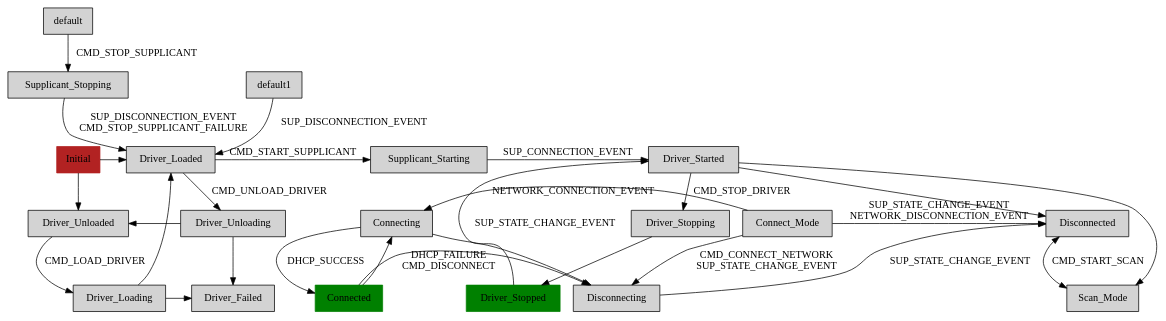
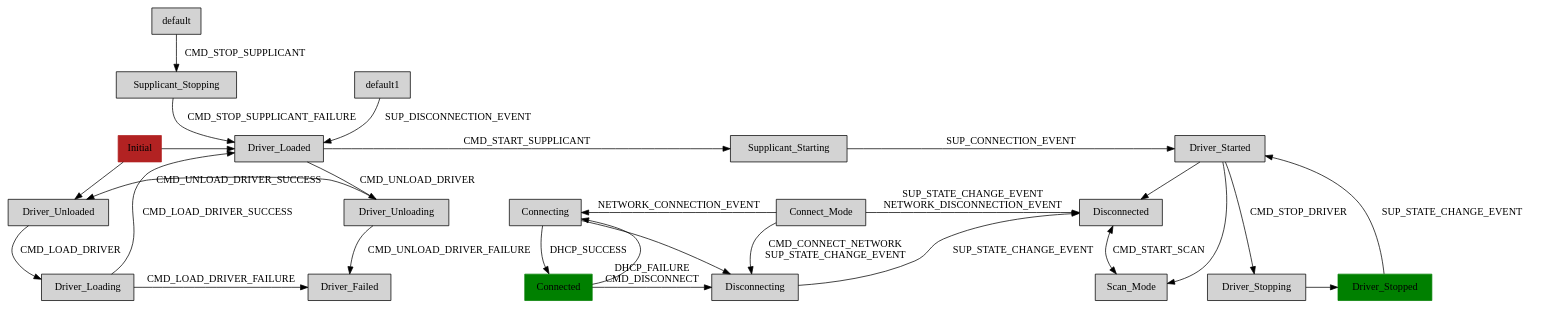
One commit to cambridgehackers/klaatu-language-gitorious changed the diagram in fsm/wifistates.dot. Above: the diagram before and after it, drawn with Graphviz. The commit also changed 2 other files, not shown here.

```diff
--- a/fsm/wifistates.dot
+++ b/fsm/wifistates.dot
@@ -1,42 +1,42 @@
 digraph wifistates {
     node [shape=box style=filled]
 
     { rank=same; Initial Driver_Loaded Supplicant_Starting Driver_Started }
     { rank=same; Driver_Unloaded Driver_Unloading }
     { rank=same; Driver_Loading Driver_Failed }
     { rank=same; Connect_Mode Connecting Disconnected }
     { rank=same; Connected Disconnecting }
-    { rank=same; Driver_Stopped Scan_Mode }
+    { rank=same; Driver_Stopped Scan_Mode Driver_Stopping }
 
     Connect_Mode -> Disconnected [ label="SUP_STATE_CHANGE_EVENT\nNETWORK_DISCONNECTION_EVENT" ]
     Connect_Mode -> Disconnecting [ label="CMD_CONNECT_NETWORK\nSUP_STATE_CHANGE_EVENT" ]
     Connected -> Connecting 
     Connected -> Disconnecting [ label="DHCP_FAILURE\nCMD_DISCONNECT" ]
     Connecting -> Connect_Mode [ dir=back label=NETWORK_CONNECTION_EVENT ]
     Connecting -> Connected [ label="DHCP_SUCCESS" ]
     Connecting -> Disconnecting
     Disconnected -> Scan_Mode [ dir=both label=CMD_START_SCAN ]
     Disconnecting -> Disconnected [ label=SUP_STATE_CHANGE_EVENT ]
-    Driver_Failed -> Driver_Unloading [dir=back]
+    Driver_Failed -> Driver_Unloading [dir=back label=CMD_UNLOAD_DRIVER_FAILURE ]
     Driver_Loaded -> Driver_Unloading [ label=CMD_UNLOAD_DRIVER ]
     Driver_Loaded -> Supplicant_Starting [ label=CMD_START_SUPPLICANT ]
-    Driver_Loading -> Driver_Failed
-    Driver_Loading -> Driver_Loaded
+    Driver_Loading -> Driver_Failed [label=CMD_LOAD_DRIVER_FAILURE]
+    Driver_Loading -> Driver_Loaded [label=CMD_LOAD_DRIVER_SUCCESS]
     Driver_Started -> Disconnected
     Driver_Started -> Driver_Stopping [ label=CMD_STOP_DRIVER ]
     Driver_Started -> Scan_Mode 
     Driver_Stopped -> Driver_Started [ label=SUP_STATE_CHANGE_EVENT ]
     Driver_Stopping -> Driver_Stopped
     Driver_Unloaded -> Driver_Loading [ label=CMD_LOAD_DRIVER ]
-    Driver_Unloaded -> Driver_Unloading [dir=back]
+    Driver_Unloaded -> Driver_Unloading [dir=back label=CMD_UNLOAD_DRIVER_SUCCESS ]
     Initial -> Driver_Loaded
     Initial -> Driver_Unloaded
     Supplicant_Starting -> Driver_Started [ label=SUP_CONNECTION_EVENT ]
-    Supplicant_Stopping -> Driver_Loaded [ label="SUP_DISCONNECTION_EVENT\nCMD_STOP_SUPPLICANT_FAILURE" ]
+    Supplicant_Stopping -> Driver_Loaded [ label=CMD_STOP_SUPPLICANT_FAILURE ]
     default -> Supplicant_Stopping [ label=CMD_STOP_SUPPLICANT ]
     default1 -> Driver_Loaded [ label=SUP_DISCONNECTION_EVENT ]
 
     Initial [ color=firebrick ]; 
     Connected [ color=green ]; 
     Driver_Stopped [ color=green ]; 
 }
```
